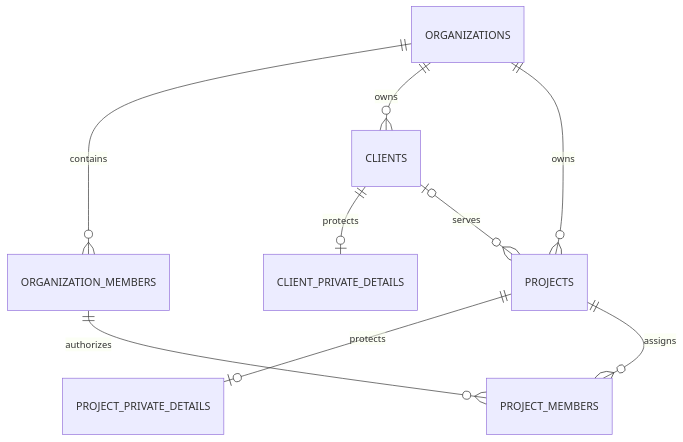
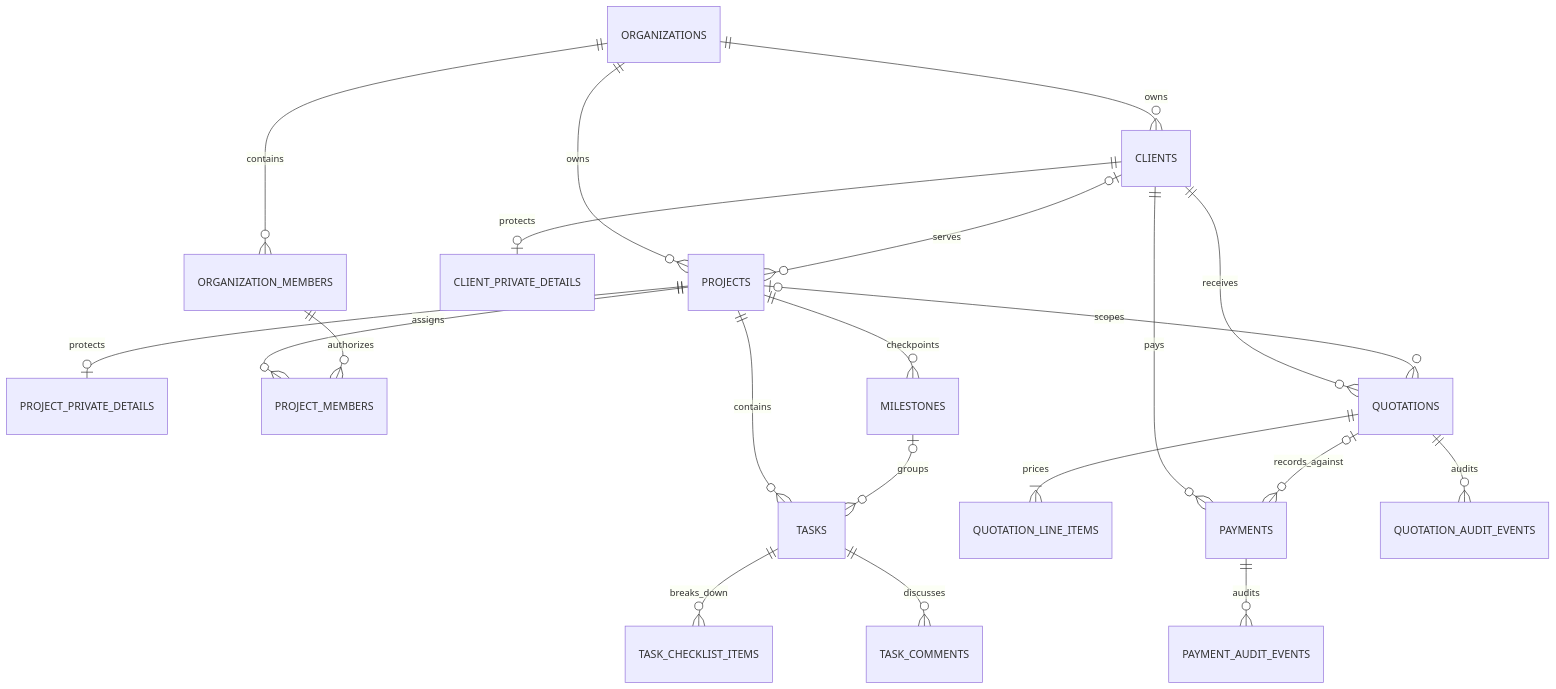
One commit to AhmedGhannam17/Startup-Management-System changed the second of 2 diagrams in docs/ARCHITECTURE.md. Above: the diagram before and after it, drawn with Mermaid. The commit also changed other lines of this file and 44 other files, not shown here.

First line of the commit message:
implement phase 5 for quotations, payments, and audit history

````diff
--- a/docs/ARCHITECTURE.md
+++ b/docs/ARCHITECTURE.md
@@ -78,11 +96,23 @@
 ```mermaid
 erDiagram
   ORGANIZATIONS ||--o{ ORGANIZATION_MEMBERS : contains
   ORGANIZATIONS ||--o{ CLIENTS : owns
   CLIENTS ||--o| CLIENT_PRIVATE_DETAILS : protects
   ORGANIZATIONS ||--o{ PROJECTS : owns
   CLIENTS o|--o{ PROJECTS : serves
   PROJECTS ||--o| PROJECT_PRIVATE_DETAILS : protects
   PROJECTS ||--o{ PROJECT_MEMBERS : assigns
   ORGANIZATION_MEMBERS ||--o{ PROJECT_MEMBERS : authorizes
+  PROJECTS ||--o{ MILESTONES : checkpoints
+  PROJECTS ||--o{ TASKS : contains
+  MILESTONES o|--o{ TASKS : groups
+  TASKS ||--o{ TASK_CHECKLIST_ITEMS : breaks_down
+  TASKS ||--o{ TASK_COMMENTS : discusses
+  CLIENTS ||--o{ QUOTATIONS : receives
+  PROJECTS o|--o{ QUOTATIONS : scopes
+  QUOTATIONS ||--|{ QUOTATION_LINE_ITEMS : prices
+  CLIENTS ||--o{ PAYMENTS : pays
+  QUOTATIONS o|--o{ PAYMENTS : records_against
+  PAYMENTS ||--o{ PAYMENT_AUDIT_EVENTS : audits
+  QUOTATIONS ||--o{ QUOTATION_AUDIT_EVENTS : audits
 ```
````
